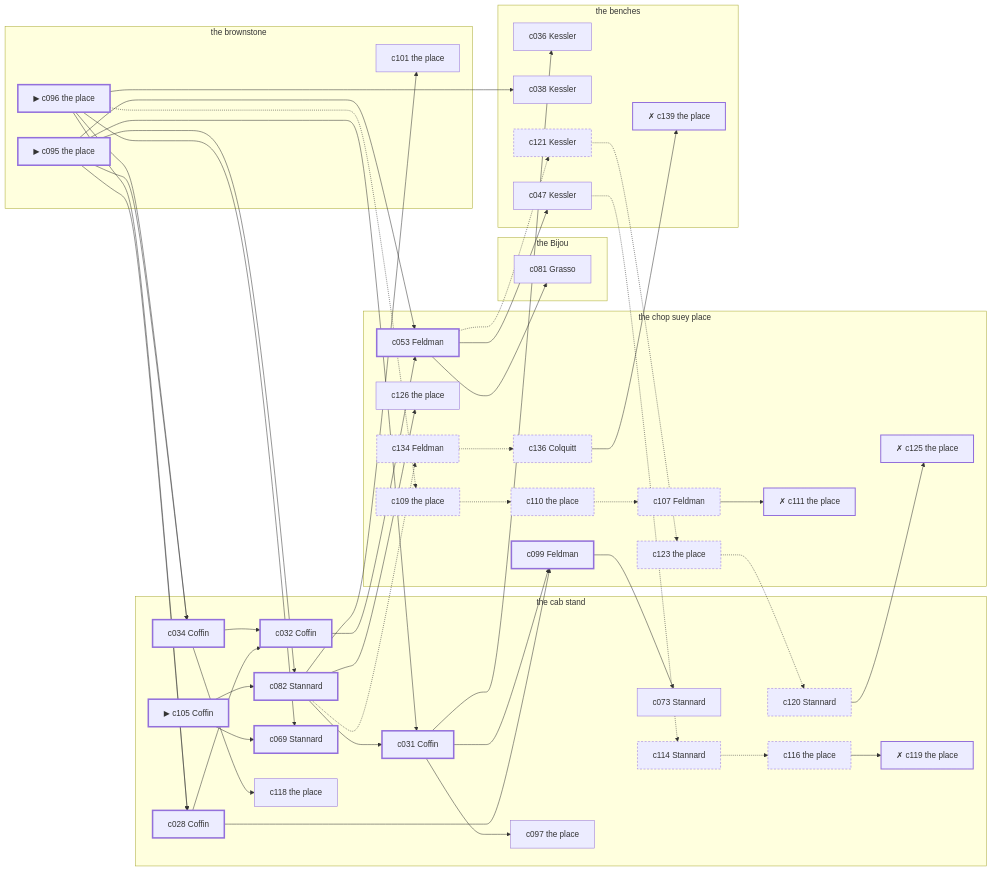
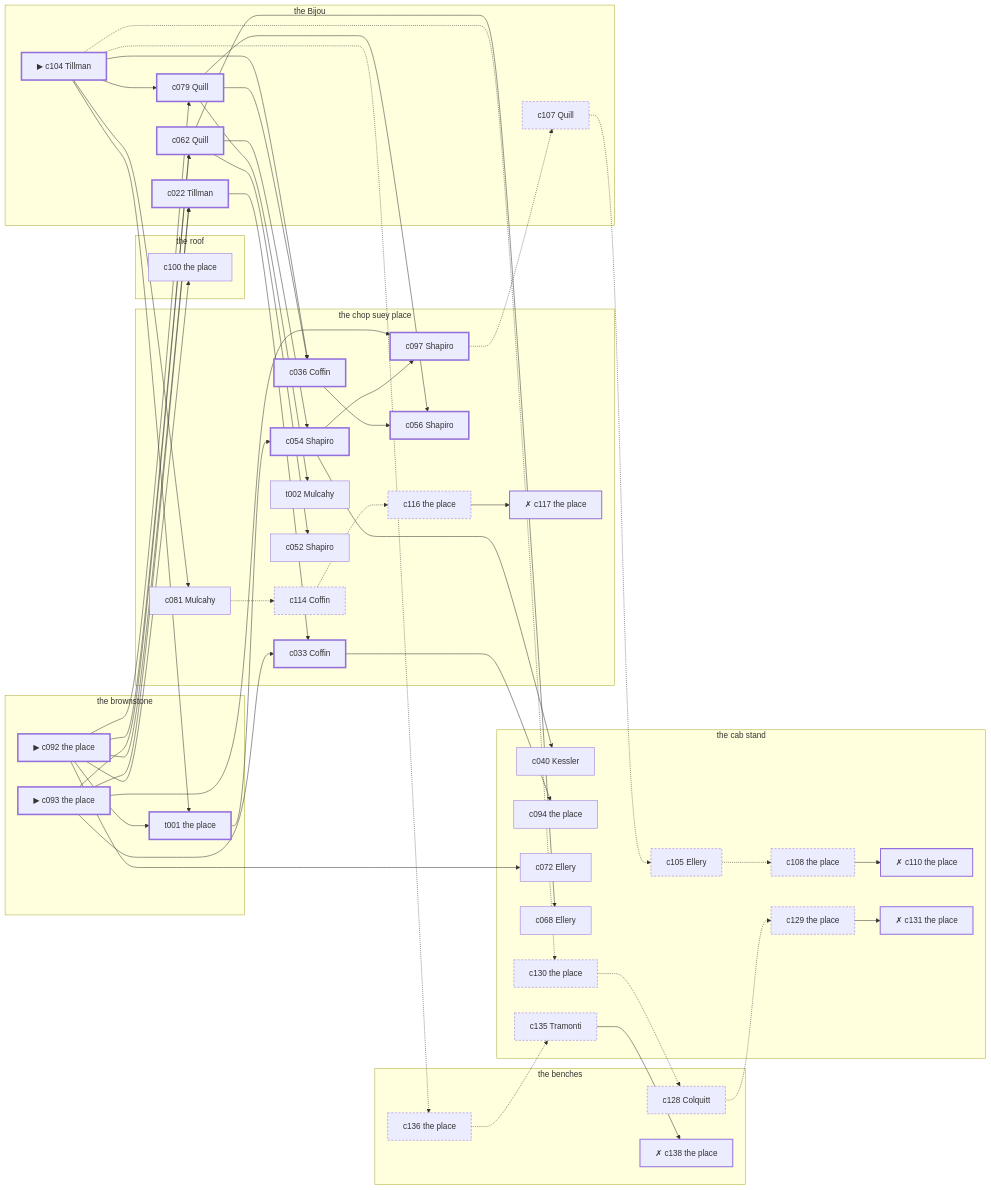
The diagram in docs/samples/case-19.md (lyamshin/dashiell), drawn with Mermaid before and after one commit. The commit also changed other lines of this file and 110 other files, not shown here.

````diff
--- a/docs/samples/case-19.md
+++ b/docs/samples/case-19.md
@@ -313,94 +677,97 @@
 ```mermaid
 graph LR
   subgraph P1["the chop suey place"]
-    c099["c099 Feldman"]
-    c053["c053 Feldman"]
-    c126["c126 the place"]
-    c123["c123 the place"]
-    c125["✗ c125 the place"]
-    c109["c109 the place"]
-    c110["c110 the place"]
-    c107["c107 Feldman"]
-    c111["✗ c111 the place"]
-    c134["c134 Feldman"]
-    c136["c136 Colquitt"]
+    c036["c036 Coffin"]
+    c054["c054 Shapiro"]
+    c033["c033 Coffin"]
+    c097["c097 Shapiro"]
+    c056["c056 Shapiro"]
+    c081["c081 Mulcahy"]
+    t002["t002 Mulcahy"]
+    c052["c052 Shapiro"]
+    c114["c114 Coffin"]
+    c116["c116 the place"]
+    c117["✗ c117 the place"]
   end
   subgraph P2["the Bijou"]
-    c081["c081 Grasso"]
+    c104["▶ c104 Tillman"]
+    c079["c079 Quill"]
+    c022["c022 Tillman"]
+    c062["c062 Quill"]
+    c107["c107 Quill"]
   end
-  subgraph P3["the cab stand"]
-    c105["▶ c105 Coffin"]
-    c028["c028 Coffin"]
-    c082["c082 Stannard"]
-    c034["c034 Coffin"]
-    c031["c031 Coffin"]
-    c032["c032 Coffin"]
-    c069["c069 Stannard"]
-    c097["c097 the place"]
-    c073["c073 Stannard"]
-    c118["c118 the place"]
-    c120["c120 Stannard"]
-    c114["c114 Stannard"]
-    c116["c116 the place"]
-    c119["✗ c119 the place"]
+  subgraph P3["the roof"]
+    c100["c100 the place"]
   end
-  subgraph P4["the benches"]
-    c036["c036 Kessler"]
-    c038["c038 Kessler"]
-    c047["c047 Kessler"]
-    c121["c121 Kessler"]
-    c139["✗ c139 the place"]
+  subgraph P4["the cab stand"]
+    c040["c040 Kessler"]
+    c094["c094 the place"]
+    c072["c072 Ellery"]
+    c068["c068 Ellery"]
+    c105["c105 Ellery"]
+    c108["c108 the place"]
+    c110["✗ c110 the place"]
+    c130["c130 the place"]
+    c129["c129 the place"]
+    c131["✗ c131 the place"]
+    c135["c135 Tramonti"]
   end
-  subgraph P5["the brownstone"]
-    c095["▶ c095 the place"]
-    c096["▶ c096 the place"]
-    c101["c101 the place"]
+  subgraph P5["the benches"]
+    c128["c128 Colquitt"]
+    c136["c136 the place"]
+    c138["✗ c138 the place"]
   end
-  c095 --> c028
-  c095 --> c082
-  c095 --> c034
-  c095 --> c031
-  c095 --> c053
-  c096 --> c028
-  c096 --> c034
-  c096 --> c069
-  c096 --> c038
-  c096 -.-> c109
-  c105 --> c082
-  c105 --> c069
-  c028 --> c032
-  c028 --> c099
-  c082 --> c031
-  c082 --> c101
-  c082 --> c126
-  c082 -.-> c134
-  c034 --> c032
-  c034 --> c118
-  c031 --> c099
-  c031 --> c036
-  c031 --> c097
-  c032 --> c053
-  c099 --> c073
-  c053 --> c081
-  c053 --> c047
-  c053 -.-> c121
-  c047 -.-> c114
-  c121 -.-> c123
-  c123 -.-> c120
-  c120 --> c125
-  c109 -.-> c110
-  c110 -.-> c107
-  c107 --> c111
+  subgraph P6["the brownstone"]
+    c092["▶ c092 the place"]
+    c093["▶ c093 the place"]
+    t001["t001 the place"]
+  end
+  c092 --> c079
+  c092 --> c022
+  c092 --> t001
+  c092 --> c062
+  c092 --> c100
+  c092 --> c072
+  c093 --> c022
+  c093 --> c062
+  c093 --> c033
+  c093 --> c097
+  c104 --> c079
+  c104 --> t001
+  c104 --> c036
+  c104 --> c081
+  c104 -.-> c130
+  c104 -.-> c136
+  c079 --> c036
+  c079 --> c056
+  c079 --> t002
+  c022 --> c033
+  t001 --> c054
+  c062 --> c054
+  c062 --> c068
+  c062 --> c052
+  c036 --> c056
+  c054 --> c097
+  c054 --> c040
+  c033 --> c094
+  c097 -.-> c107
+  c081 -.-> c114
+  c107 -.-> c105
+  c105 -.-> c108
+  c108 --> c110
+  c130 -.-> c128
+  c128 -.-> c129
+  c129 --> c131
+  c136 -.-> c135
+  c135 --> c138
   c114 -.-> c116
-  c116 --> c119
-  c134 -.-> c136
-  c136 --> c139
+  c116 --> c117
   classDef spine stroke-width:3px;
   classDef corrob stroke-width:1px;
   classDef noise stroke-dasharray: 4 3;
   classDef disq stroke-width:2px,stroke-dasharray: 1 0;
-  class c095,c096,c105,c028,c082,c034,c031,c032,c069,c099,c053 spine;
-  class c081,c036,c097,c101,c073,c038,c118,c126,c047 corrob;
-  class c121,c123,c120,c109,c110,c107,c114,c116,c134,c136 noise;
-  class c125,c111,c119,c139 disq;
+  class c092,c093,c104,c079,c022,t001,c062,c036,c054,c033,c097,c056 spine;
+  class c040,c100,c081,c094,t002,c072,c068,c052 corrob;
+  class c107,c105,c108,c130,c128,c129,c136,c135,c114,c116 noise;
+  class c110,c131,c138,c117 disq;
 ```
````
